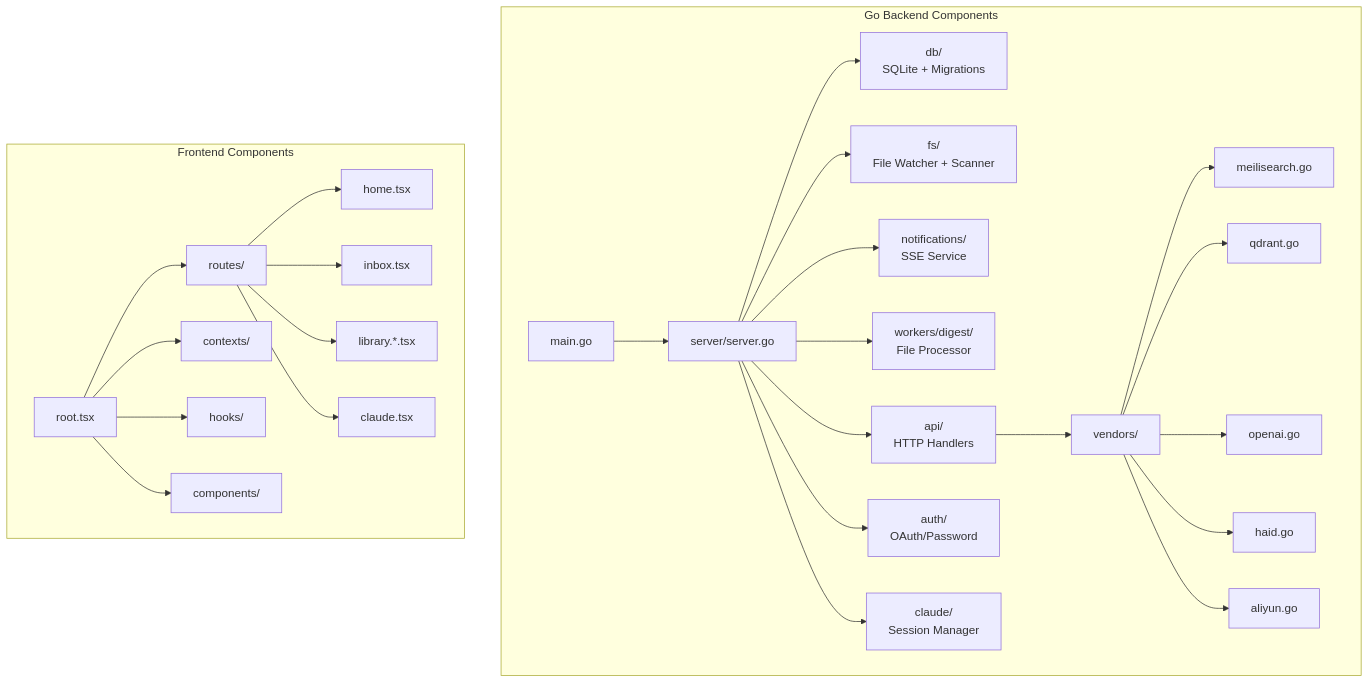
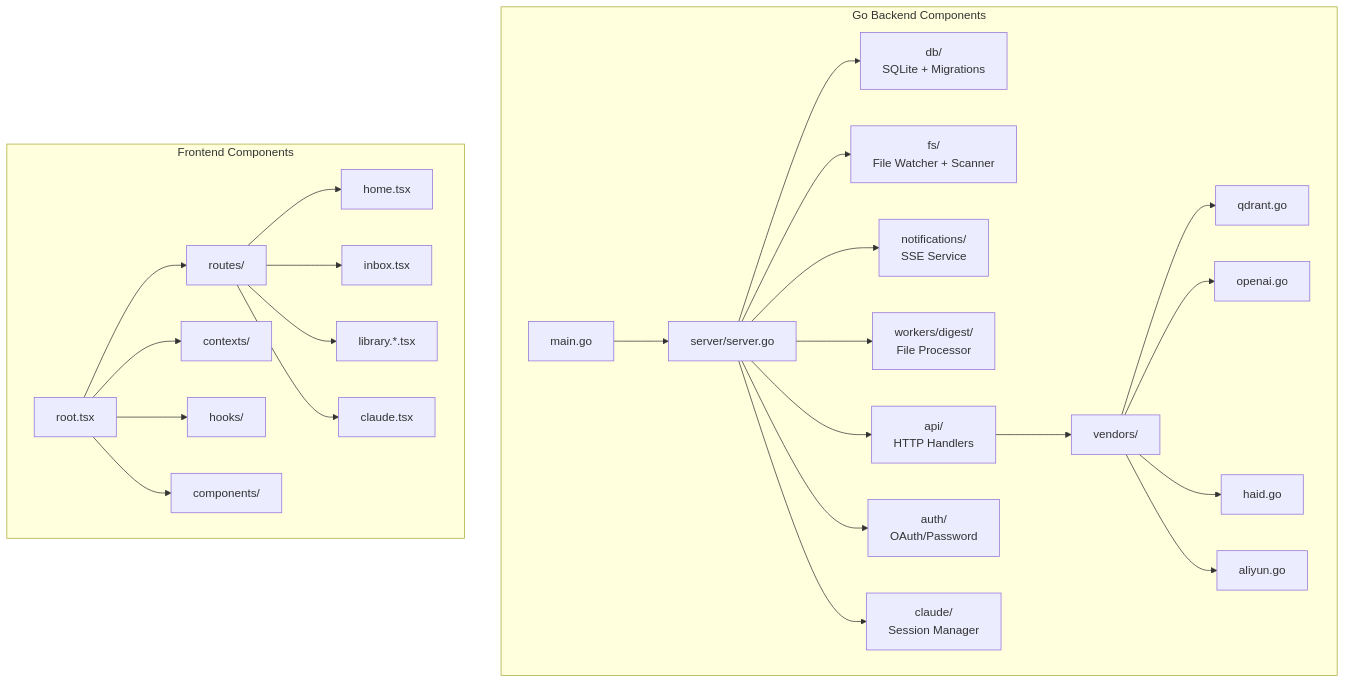
The fourth of 8 diagrams in src/content/docs/internal/architecture/macos-standalone-architecture.md (xiaoyuanzhu-com/my-life-db-docs), drawn with Mermaid before and after one commit. The commit also changed other lines of this file and 17 other files, not shown here.

````diff
--- a/src/content/docs/internal/architecture/macos-standalone-architecture.md
+++ b/src/content/docs/internal/architecture/macos-standalone-architecture.md
@@ -125,33 +122,32 @@
 ```mermaid
 graph TB
     subgraph "Go Backend Components"
         MAIN[main.go] --> SERVER[server/server.go]
 
         SERVER --> DB[db/<br/>SQLite + Migrations]
         SERVER --> FS[fs/<br/>File Watcher + Scanner]
         SERVER --> NOTIF[notifications/<br/>SSE Service]
         SERVER --> DIGEST[workers/digest/<br/>File Processor]
         SERVER --> API[api/<br/>HTTP Handlers]
         SERVER --> AUTH[auth/<br/>OAuth/Password]
         SERVER --> CLAUDEPKG[claude/<br/>Session Manager]
 
         API --> VENDORS[vendors/]
-        VENDORS --> V_MEILI[meilisearch.go]
         VENDORS --> V_QDRANT[qdrant.go]
         VENDORS --> V_OPENAI[openai.go]
         VENDORS --> V_HAID[haid.go]
         VENDORS --> V_ALIYUN[aliyun.go]
     end
 
     subgraph "Frontend Components"
         ROOT[root.tsx] --> ROUTES[routes/]
         ROUTES --> R_HOME[home.tsx]
         ROUTES --> R_INBOX[inbox.tsx]
         ROUTES --> R_LIB[library.*.tsx]
         ROUTES --> R_CLAUDE[claude.tsx]
 
         ROOT --> CONTEXTS[contexts/]
         ROOT --> HOOKS[hooks/]
         ROOT --> COMPONENTS[components/]
     end
 ```
````
